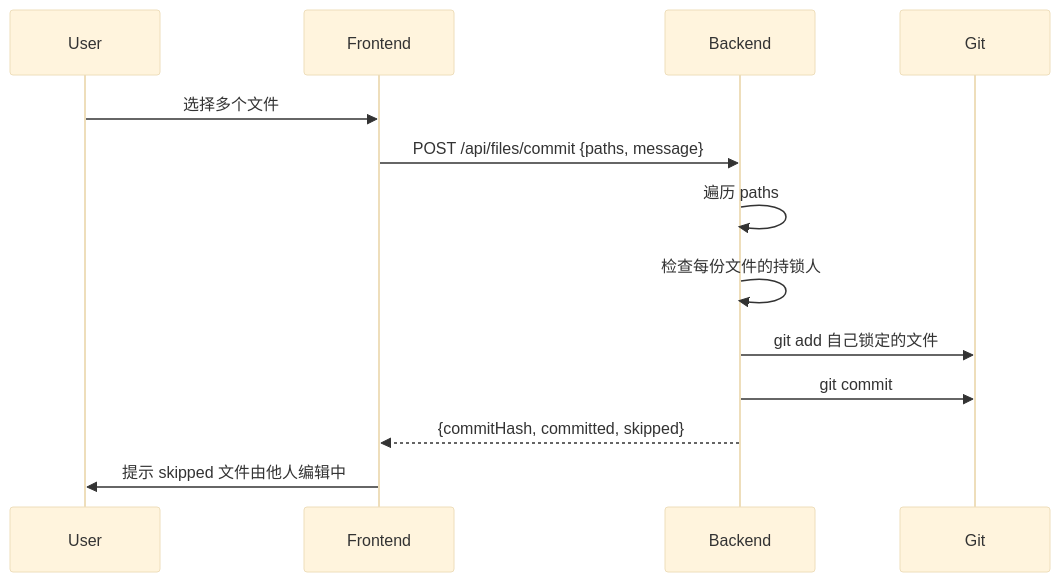
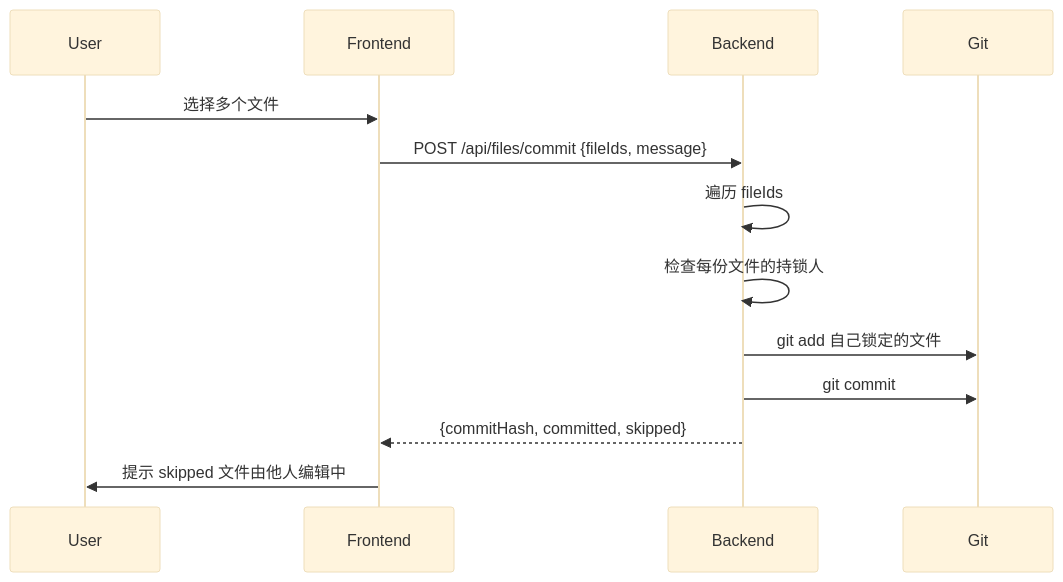
The fourth of 8 diagrams in docs/backend/file-system-spec.md (tonyabasy/lanting-stream-ce), drawn with Mermaid (base theme) before and after one commit. The commit also changed other lines of this file and 34 other files, not shown here.

````diff
--- a/docs/backend/file-system-spec.md
+++ b/docs/backend/file-system-spec.md
@@ -270,16 +275,16 @@
 ```mermaid
 sequenceDiagram
     participant U as User
     participant F as Frontend
     participant B as Backend
     participant G as Git
 
     U->>F: 选择多个文件
-    F->>B: POST /api/files/commit {paths, message}
-    B->>B: 遍历 paths
+    F->>B: POST /api/files/commit {fileIds, message}
+    B->>B: 遍历 fileIds
     B->>B: 检查每份文件的持锁人
     B->>G: git add 自己锁定的文件
     B->>G: git commit
     B-->>F: {commitHash, committed, skipped}
     F->>U: 提示 skipped 文件由他人编辑中
 ```
````
